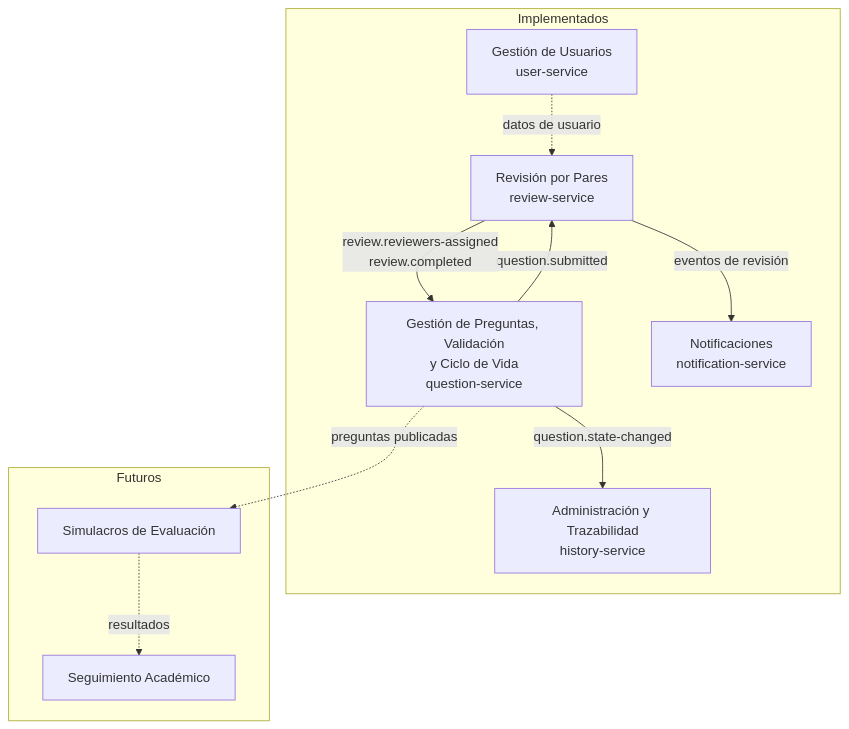
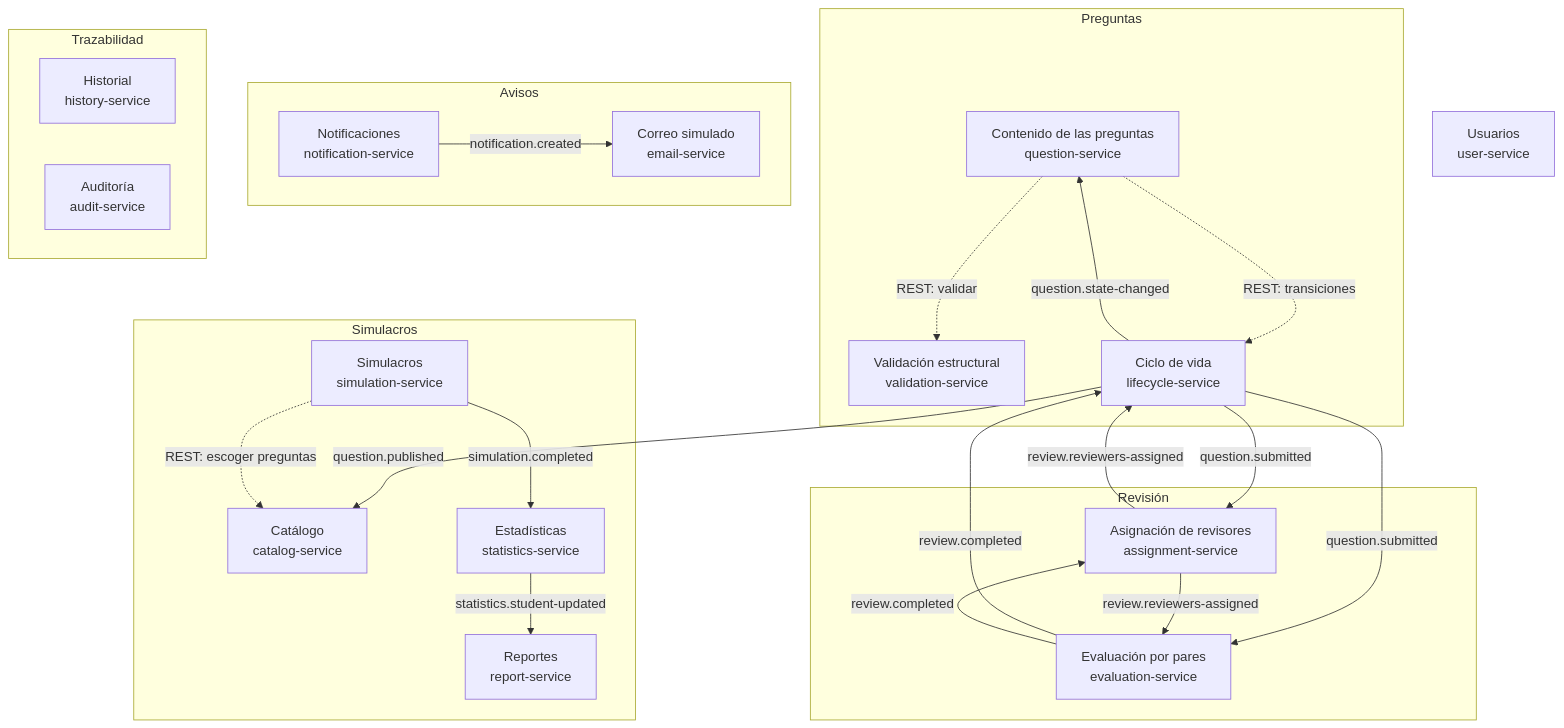
Before and after one commit to DVLASZ/banco-preguntas-saberpro: the first of 2 diagrams in docs/corte-2/02-contextos-y-eventos.md, drawn with Mermaid. The commit also changed other lines of this file and 83 other files, not shown here.

Commit message:
Documentación de la arquitectura de 14 servicios: historias, contextos y eventos, C4, patrones y prototipos, con todos los diagramas

````diff
--- a/docs/corte-2/02-contextos-y-eventos.md
+++ b/docs/corte-2/02-contextos-y-eventos.md
@@ -8,21 +15,38 @@
 ```mermaid
 flowchart TB
-  subgraph Implementados
-    US["Gestión de Usuarios<br/>user-service"]
-    QS["Gestión de Preguntas, Validación<br/>y Ciclo de Vida<br/>question-service"]
-    RS["Revisión por Pares<br/>review-service"]
+  subgraph Preguntas
+    QS["Contenido de las preguntas<br/>question-service"]
+    VS["Validación estructural<br/>validation-service"]
+    LS["Ciclo de vida<br/>lifecycle-service"]
+  end
+  subgraph Revisión
+    AS["Asignación de revisores<br/>assignment-service"]
+    ES["Evaluación por pares<br/>evaluation-service"]
+  end
+  subgraph Avisos
     NS["Notificaciones<br/>notification-service"]
-    AS["Administración y Trazabilidad<br/>history-service"]
+    EM["Correo simulado<br/>email-service"]
   end
-  subgraph Futuros
-    SIM["Simulacros de Evaluación"]
-    SEG["Seguimiento Académico"]
+  subgraph Trazabilidad
+    HS["Historial<br/>history-service"]
+    AU["Auditoría<br/>audit-service"]
   end
-  QS -- "question.submitted" --> RS
-  RS -- "review.reviewers-assigned<br/>review.completed" --> QS
-  RS -- "eventos de revisión" --> NS
-  QS -- "question.state-changed" --> AS
-  US -. "datos de usuario" .-> RS
-  QS -. "preguntas publicadas" .-> SIM
-  SIM -. "resultados" .-> SEG
+  subgraph Simulacros
+    CS["Catálogo<br/>catalog-service"]
+    SIM["Simulacros<br/>simulation-service"]
+    ST["Estadísticas<br/>statistics-service"]
+    RP["Reportes<br/>report-service"]
+  end
+  US["Usuarios<br/>user-service"]
+  QS -. "REST: validar" .-> VS
+  QS -. "REST: transiciones" .-> LS
+  LS -- "question.submitted" --> AS & ES
+  AS -- "review.reviewers-assigned" --> ES & LS
+  ES -- "review.completed" --> LS & AS
+  LS -- "question.state-changed" --> QS
+  LS -- "question.published" --> CS
+  SIM -. "REST: escoger preguntas" .-> CS
+  SIM -- "simulation.completed" --> ST
+  ST -- "statistics.student-updated" --> RP
+  NS -- "notification.created" --> EM
 ```
````
